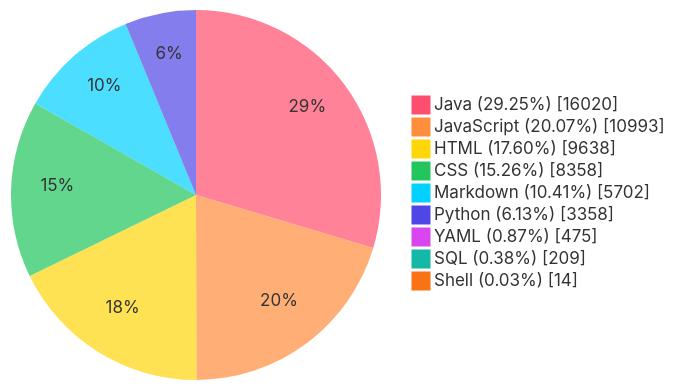
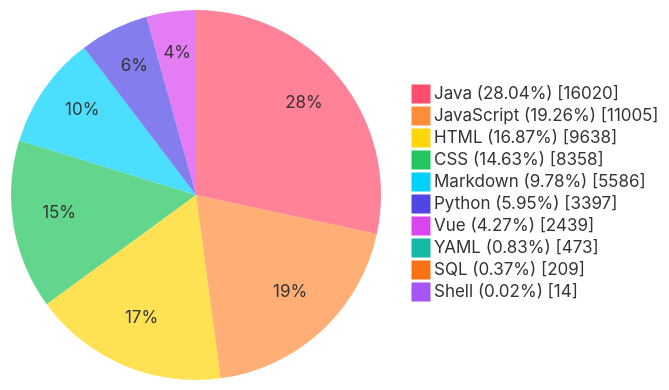
One commit to TheBadRoger/BUCT-Teaching-Aids changed the diagram in README.md. Above: the diagram before and after it, drawn with Mermaid. The commit also changed other lines of this file and 12 other files, not shown here.

````diff
--- a/README.md
+++ b/README.md
@@ -40,28 +40,29 @@
 ```mermaid
 %%{init: {'theme':'base','themeVariables': {
   'fontFamily': 'Fira Code, JetBrains Mono, Source Code Pro, Cascadia Code, Menlo, Consolas, monospace',
   'pieStrokeColor': 'transparent',
   'pieStrokeWidth': '0px',
   'pieOuterStrokeWidth': '0px',
   'pie1': '#FF4D6D',
   'pie2': '#FF8E3C',
   'pie3': '#FFD60A',
   'pie4': '#22C55E',
   'pie5': '#00D1FF',
   'pie6': '#4F46E5',
   'pie7': '#D946EF',
   'pie8': '#14B8A6',
   'pie9': '#F97316',
   'pie10': '#A855F7'
 }}}%%
 pie showData
-    "Java (29.25%)" : 16020
-    "JavaScript (20.07%)" : 10993
-    "HTML (17.60%)" : 9638
-    "CSS (15.26%)" : 8358
-    "Markdown (10.41%)" : 5702
-    "Python (6.13%)" : 3358
-    "YAML (0.87%)" : 475
-    "SQL (0.38%)" : 209
-    "Shell (0.03%)" : 14
+    "Java (28.04%)" : 16020
+    "JavaScript (19.26%)" : 11005
+    "HTML (16.87%)" : 9638
+    "CSS (14.63%)" : 8358
+    "Markdown (9.78%)" : 5586
+    "Python (5.95%)" : 3397
+    "Vue (4.27%)" : 2439
+    "YAML (0.83%)" : 473
+    "SQL (0.37%)" : 209
+    "Shell (0.02%)" : 14
 ```
````
